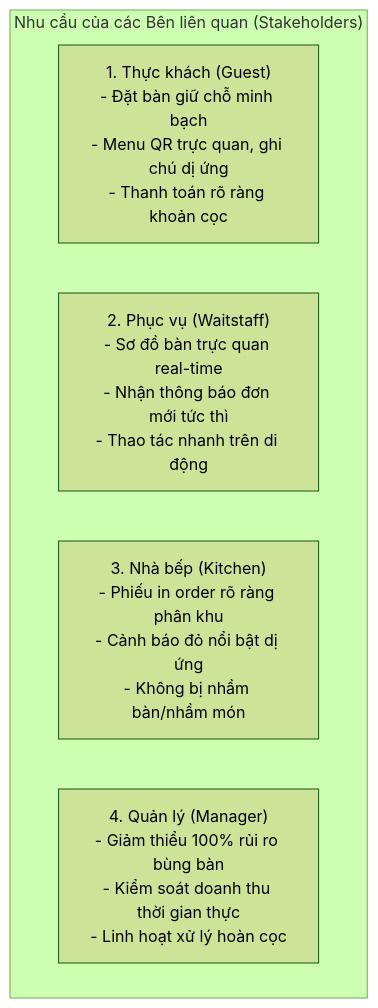
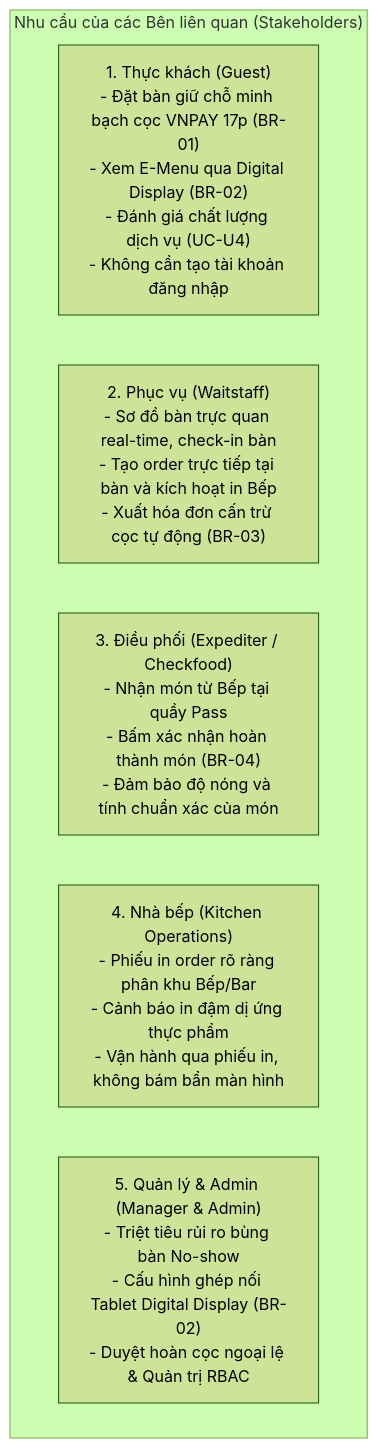
One commit to AndrewQng/VinDining changed the fourth of 5 diagrams in docs/phase1/02_BAO_CAO_KHAO_SAT.md. Above: the diagram before and after it, drawn with Mermaid (forest theme). The commit also changed other lines of this file and 8 other files, not shown here.

````diff
--- a/docs/phase1/02_BAO_CAO_KHAO_SAT.md
+++ b/docs/phase1/02_BAO_CAO_KHAO_SAT.md
@@ -140,9 +140,10 @@
 ```mermaid
 graph TD
     subgraph "Nhu cầu của các Bên liên quan (Stakeholders)"
-        G["1. Thực khách (Guest)<br/>- Đặt bàn giữ chỗ minh bạch<br/>- Menu QR trực quan, ghi chú dị ứng<br/>- Thanh toán rõ ràng khoản cọc"]
-        W["2. Phục vụ (Waitstaff)<br/>- Sơ đồ bàn trực quan real-time<br/>- Nhận thông báo đơn mới tức thì<br/>- Thao tác nhanh trên di động"]
-        K["3. Nhà bếp (Kitchen)<br/>- Phiếu in order rõ ràng phân khu<br/>- Cảnh báo đỏ nổi bật dị ứng<br/>- Không bị nhầm bàn/nhầm món"]
-        M["4. Quản lý (Manager)<br/>- Giảm thiểu 100% rủi ro bùng bàn<br/>- Kiểm soát doanh thu thời gian thực<br/>- Linh hoạt xử lý hoàn cọc"]
+        G["1. Thực khách (Guest)<br/>- Đặt bàn giữ chỗ minh bạch cọc VNPAY 17p (BR-01)<br/>- Xem E-Menu qua Digital Display (BR-02)<br/>- Đánh giá chất lượng dịch vụ (UC-U4)<br/>- Không cần tạo tài khoản đăng nhập"]
+        W["2. Phục vụ (Waitstaff)<br/>- Sơ đồ bàn trực quan real-time, check-in bàn<br/>- Tạo order trực tiếp tại bàn và kích hoạt in Bếp<br/>- Xuất hóa đơn cấn trừ cọc tự động (BR-03)"]
+        E["3. Điều phối (Expediter / Checkfood)<br/>- Nhận món từ Bếp tại quầy Pass<br/>- Bấm xác nhận hoàn thành món (BR-04)<br/>- Đảm bảo độ nóng và tính chuẩn xác của món"]
+        K["4. Nhà bếp (Kitchen Operations)<br/>- Phiếu in order rõ ràng phân khu Bếp/Bar<br/>- Cảnh báo in đậm dị ứng thực phẩm<br/>- Vận hành qua phiếu in, không bám bẩn màn hình"]
+        M["5. Quản lý & Admin (Manager & Admin)<br/>- Triệt tiêu rủi ro bùng bàn No-show<br/>- Cấu hình ghép nối Tablet Digital Display (BR-02)<br/>- Duyệt hoàn cọc ngoại lệ & Quản trị RBAC"]
     end
 ```
````
